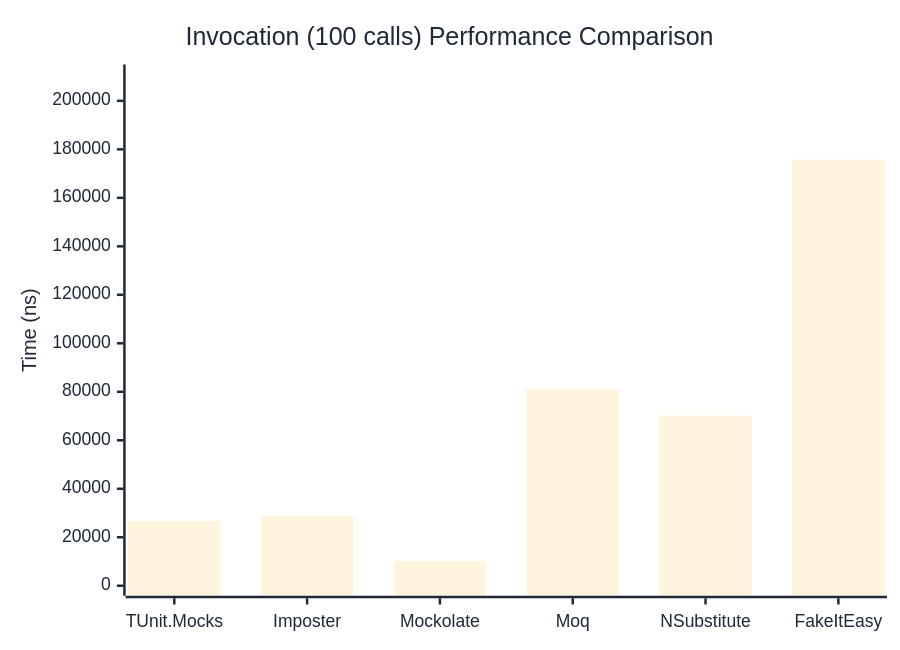
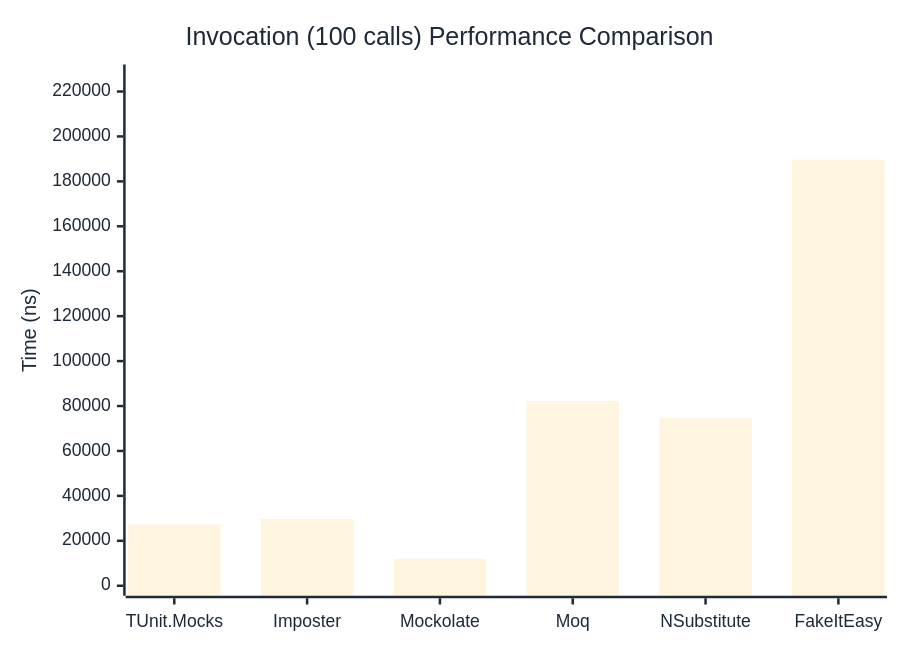
One commit to thomhurst/TUnit changed the third of 3 diagrams in docs/docs/benchmarks/mocks/Invocation.md. Above: the diagram before and after it, drawn with Mermaid. The commit also changed other lines of this file and 14 other files, not shown here.

````diff
--- a/docs/docs/benchmarks/mocks/Invocation.md
+++ b/docs/docs/benchmarks/mocks/Invocation.md
@@ -112,27 +112,27 @@
 ```mermaid
 %%{init: {
   'theme':'base',
   'themeVariables': {
     'primaryColor': '#2563eb',
     'primaryTextColor': '#1f2937',
     'primaryBorderColor': '#1e40af',
     'lineColor': '#6b7280',
     'secondaryColor': '#7c3aed',
     'tertiaryColor': '#dc2626',
     'background': '#ffffff',
     'pie1': '#2563eb',
     'pie2': '#7c3aed',
     'pie3': '#dc2626',
     'pie4': '#f59e0b',
     'pie5': '#10b981',
     'pie6': '#06b6d4',
     'pie7': '#ec4899',
     'pie8': '#6366f1'
   }
 }}%%
 xychart-beta
   title "Invocation (100 calls) Performance Comparison"
   x-axis ["TUnit.Mocks", "Imposter", "Mockolate", "Moq", "NSubstitute", "FakeItEasy"]
-  y-axis "Time (ns)" 0 --> 210872
-  bar [26784.37, 28612.65, 10231.96, 81199.04, 70203.07, 175726.07]
+  y-axis "Time (ns)" 0 --> 227569
+  bar [27244.3, 29698.6, 12003.7, 82207.2, 74627.2, 189640.4]
 ```
````
